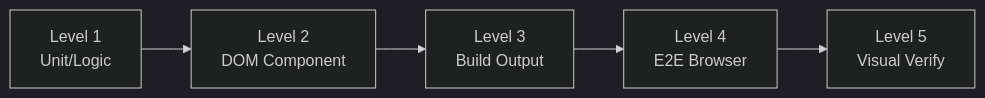
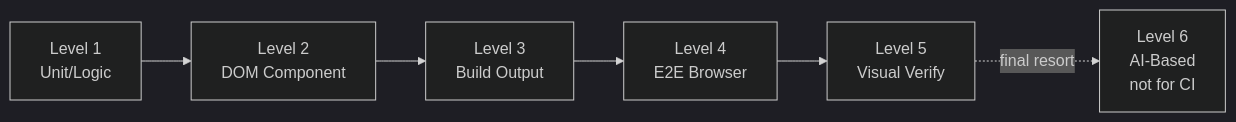
The diagram in src/content/docs-ja/testing-levels/index.mdx (Takazudo/zudo-test-wisdom), drawn with Mermaid (dark theme) before and after one commit. The commit also changed other lines of this file and 9 other files, not shown here.

First line of the commit message:
docs: add Level 6 (AI-based visual verification) tier (EN + JA)

````diff
--- a/src/content/docs-ja/testing-levels/index.mdx
+++ b/src/content/docs-ja/testing-levels/index.mdx
@@ -11,7 +11,8 @@
 ```mermaid
 graph LR
   L1[Level 1<br/>Unit/Logic] --> L2[Level 2<br/>DOM Component]
   L2 --> L3[Level 3<br/>Build Output]
   L3 --> L4[Level 4<br/>E2E Browser]
   L4 --> L5[Level 5<br/>Visual Verify]
+  L5 -. final resort .-> L6[Level 6<br/>AI-Based<br/>not for CI]
 ```
````
